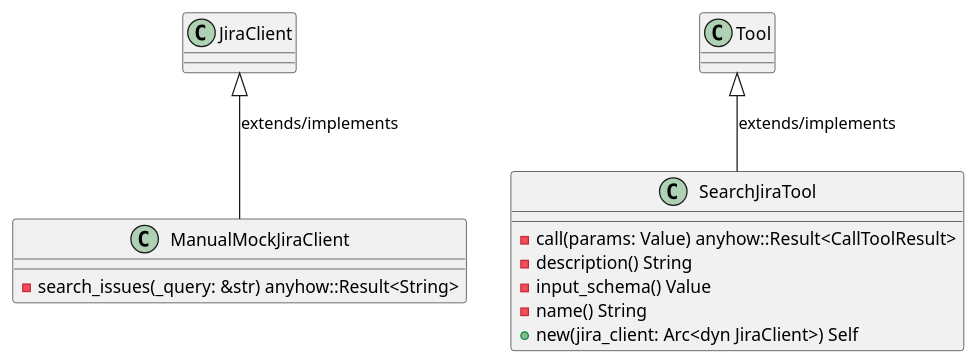
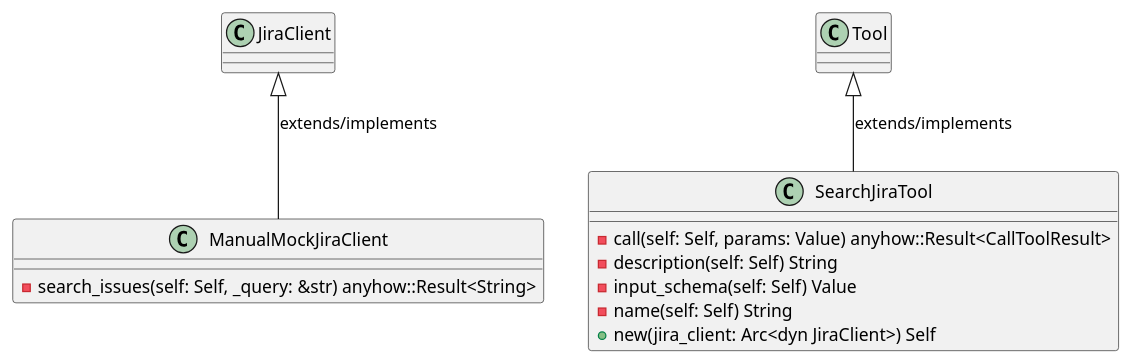
Before and after one commit to lgcorzo/rust_CACD_autonomous_factory: the first of 6 diagrams in openwiki/crates_factory_mcp_server_src_tools_search_jira.md, drawn with PlantUML. The commit also changed other lines of this file and 95 other files, not shown here.

````diff
--- a/openwiki/crates_factory_mcp_server_src_tools_search_jira.md
+++ b/openwiki/crates_factory_mcp_server_src_tools_search_jira.md
@@ -100,17 +100,17 @@
 ```plantuml
 @startuml
 class ManualMockJiraClient {
-    -search_issues(_query: &str) anyhow::Result<String>
+    -search_issues(self: Self, _query: &str) anyhow::Result<String>
 }
 JiraClient <|-- ManualMockJiraClient : extends/implements
 class SearchJiraTool {
-    -call(params: Value) anyhow::Result<CallToolResult>
-    -description() String
-    -input_schema() Value
-    -name() String
+    -call(self: Self, params: Value) anyhow::Result<CallToolResult>
+    -description(self: Self) String
+    -input_schema(self: Self) Value
+    -name(self: Self) String
     +new(jira_client: Arc<dyn JiraClient>) Self
 }
 Tool <|-- SearchJiraTool : extends/implements
 @enduml
 
 ```
````
